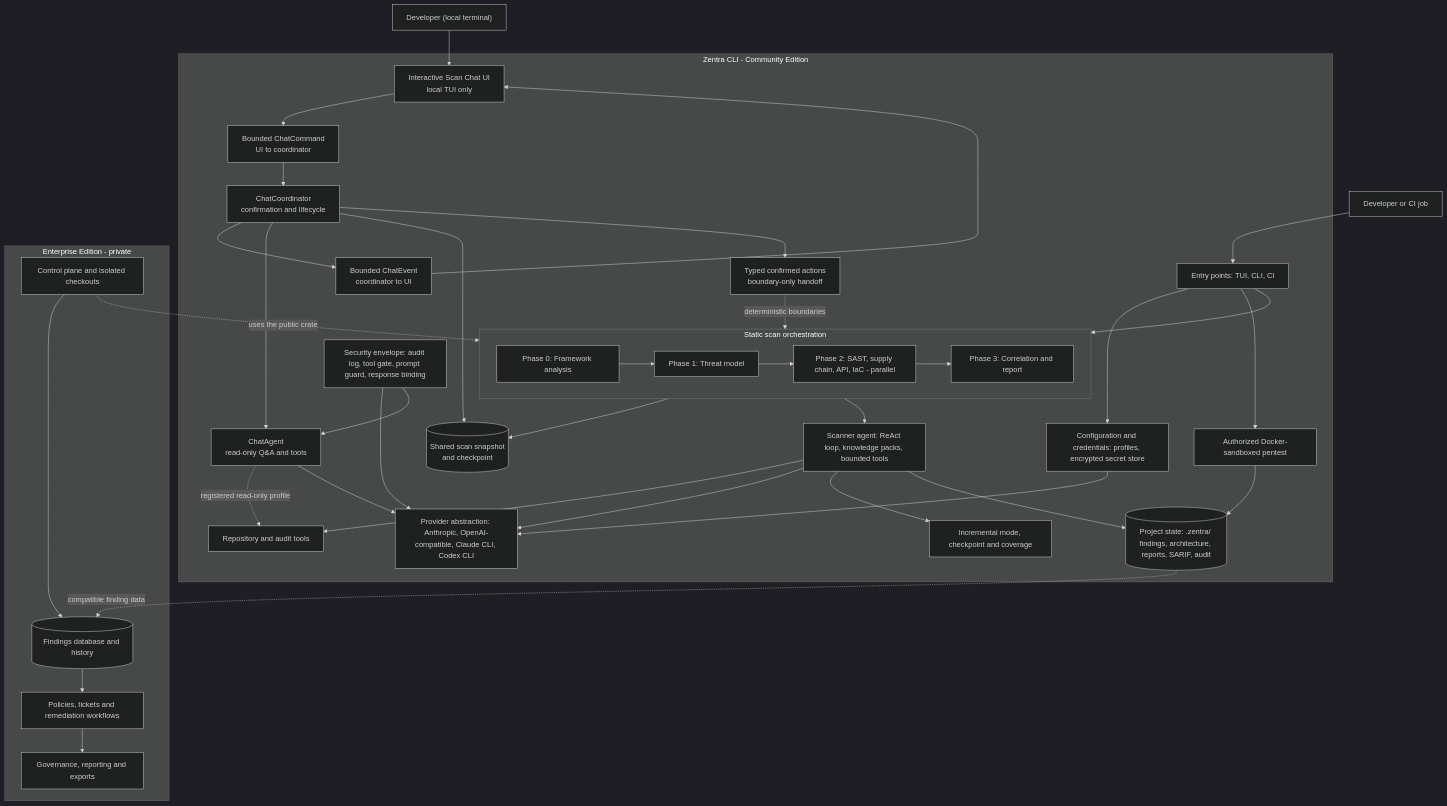
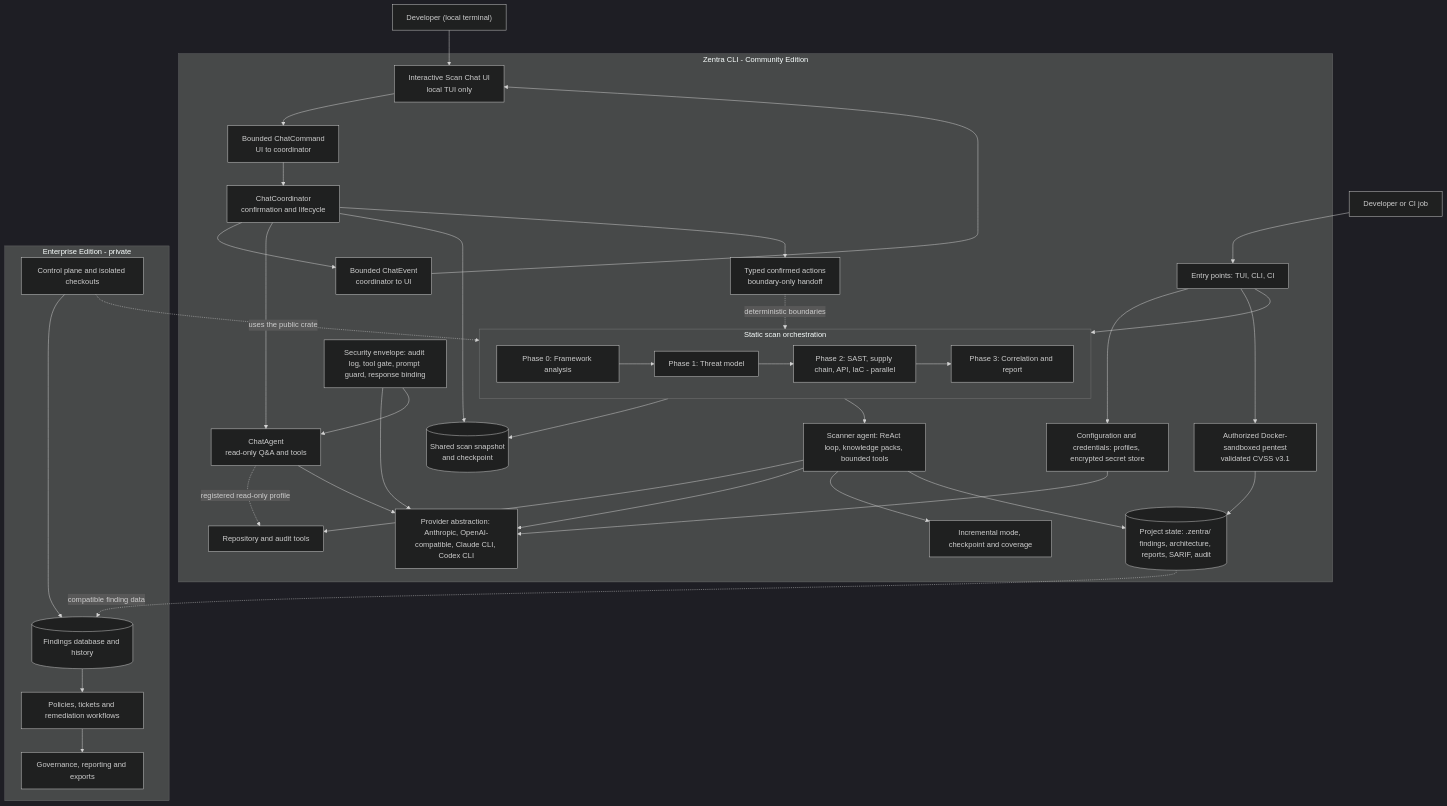
Before and after one commit to johannus22/zentra: the diagram in architecture.mmd, drawn with Mermaid (dark theme). The commit also changed 20 other files, not shown here.

```diff
--- a/architecture.mmd
+++ b/architecture.mmd
@@ -1,68 +1,68 @@
 %% Zentra CLI - current high-level architecture
 %% Community Edition is public. Enterprise Edition consumes this crate as a library.
 graph TB
     User["Developer or CI job"]
     LocalDeveloper["Developer (local terminal)"]
 
     subgraph CE["Zentra CLI - Community Edition"]
         Entry["Entry points: TUI, CLI, CI"]
         ChatUI["Interactive Scan Chat UI\nlocal TUI only"]
         ChatCommand["Bounded ChatCommand\nUI to coordinator"]
         ChatEvent["Bounded ChatEvent\ncoordinator to UI"]
         ChatCoordinator["ChatCoordinator\nconfirmation and lifecycle"]
         ChatAgent["ChatAgent\nread-only Q&A and tools"]
         ChatState[("Shared scan snapshot\nand checkpoint")]
         TypedActions["Typed confirmed actions\nboundary-only handoff"]
         Config["Configuration and credentials: profiles, encrypted secret store"]
         Security["Security envelope: audit log, tool gate, prompt guard, response binding"]
         Provider["Provider abstraction: Anthropic, OpenAI-compatible, Claude CLI, Codex CLI"]
 
         subgraph Scan["Static scan orchestration"]
             Framework["Phase 0: Framework analysis"]
             Threat["Phase 1: Threat model"]
             Parallel["Phase 2: SAST, supply chain, API, IaC - parallel"]
             Report["Phase 3: Correlation and report"]
             Framework --> Threat --> Parallel --> Report
         end
 
         Agent["Scanner agent: ReAct loop, knowledge packs, bounded tools"]
         Tools["Repository and audit tools"]
         Incremental["Incremental mode, checkpoint and coverage"]
         State[("Project state: .zentra/ findings, architecture, reports, SARIF, audit")]
-        Pentest["Authorized Docker-sandboxed pentest"]
+        Pentest["Authorized Docker-sandboxed pentest<br/>validated CVSS v3.1"]
     end
 
     subgraph ENT["Enterprise Edition - private"]
         Control["Control plane and isolated checkouts"]
         Findings[("Findings database and history")]
         Actions["Policies, tickets and remediation workflows"]
         Dashboard["Governance, reporting and exports"]
     end
 
     User --> Entry
     LocalDeveloper --> ChatUI
     Entry --> Config
     Entry --> Scan
     Entry --> Pentest
     ChatUI --> ChatCommand --> ChatCoordinator
     ChatCoordinator --> ChatEvent --> ChatUI
     ChatCoordinator --> ChatAgent
     ChatCoordinator --> ChatState
     Scan --> ChatState
     ChatCoordinator --> TypedActions
     TypedActions -. "deterministic boundaries" .-> Scan
     Config --> Provider
     Security --> Provider
     Security --> ChatAgent
     Scan --> Agent
     Agent --> Tools
     Agent --> Provider
     ChatAgent -. "registered read-only profile" .-> Tools
     ChatAgent --> Provider
     Agent --> Incremental
     Agent --> State
     Pentest --> State
 
     Control -. "uses the public crate" .-> Scan
     Control --> Findings --> Actions --> Dashboard
     State -. "compatible finding data" .-> Findings
```
